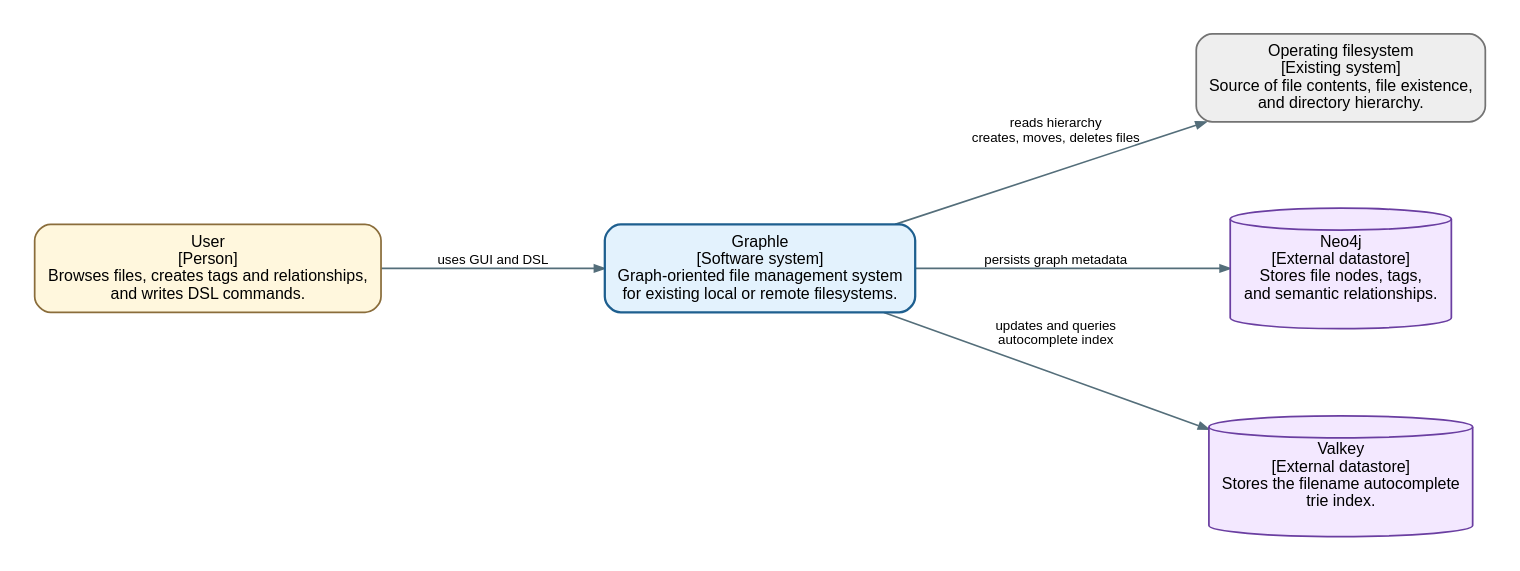
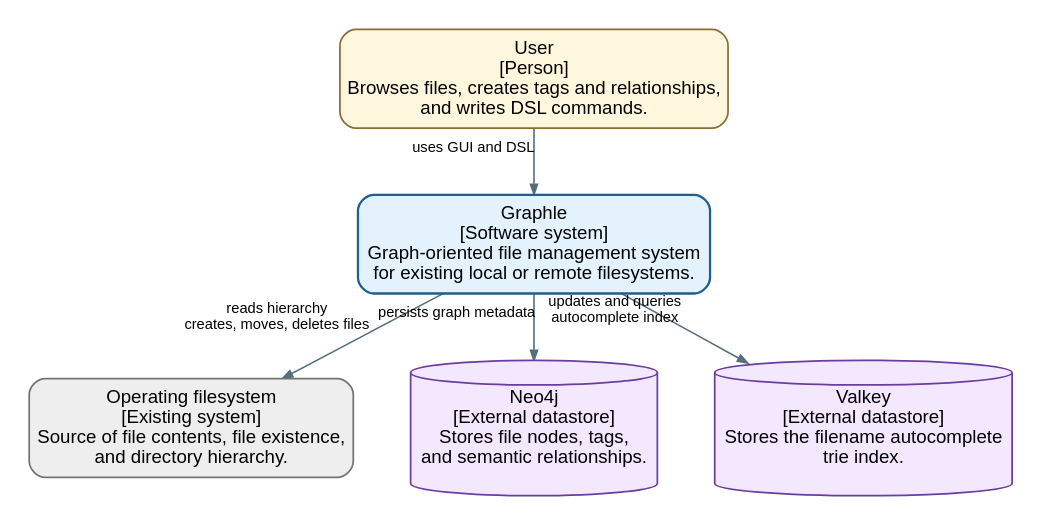
The diagram in thesis/chapters/design/architecture/graphle-context-c4.dot (TrueBubo/Graphle), drawn with Graphviz before and after one commit. The commit also changed 17 other files, not shown here.

```diff
--- a/thesis/chapters/design/architecture/graphle-context-c4.dot
+++ b/thesis/chapters/design/architecture/graphle-context-c4.dot
@@ -1,68 +1,69 @@
 digraph GraphleContext {
   graph [
-    rankdir=LR,
+    rankdir=TB,
     bgcolor="white",
-    pad=0.25,
-    nodesep=0.9,
-    ranksep=1.15,
+    pad=0.20,
+    nodesep=0.6,
+    ranksep=0.7,
     splines=polyline,
-    outputorder=edgesfirst
+    outputorder=edgesfirst,
+    forcelabels=true
   ];
 
   node [
     shape=rect,
     style="rounded,filled",
     fontname="Arial",
-    fontsize=12,
+    fontsize=14,
     color="#455a64",
     penwidth=1.3,
     fillcolor="#f7f9fb",
     margin="0.14,0.10"
   ];
 
   edge [
     fontname="Arial",
-    fontsize=10,
+    fontsize=11,
     color="#546e7a",
     arrowsize=0.75,
     penwidth=1.2
   ];
 
   user [
     label="User\n[Person]\nBrowses files, creates tags and relationships,\nand writes DSL commands.",
     fillcolor="#fff7dd",
     color="#8a6d3b"
   ];
 
   graphle [
     label="Graphle\n[Software system]\nGraph-oriented file management system\nfor existing local or remote filesystems.",
     fillcolor="#e3f2fd",
     color="#1e5f8f",
     penwidth=1.7
   ];
 
   filesystem [
     label="Operating filesystem\n[Existing system]\nSource of file contents, file existence,\nand directory hierarchy.",
     fillcolor="#eeeeee",
     color="#737373"
   ];
 
   neo4j [
     label="Neo4j\n[External datastore]\nStores file nodes, tags,\nand semantic relationships.",
     shape=cylinder,
     fillcolor="#f3e8ff",
     color="#6a3ea1"
   ];
 
   valkey [
     label="Valkey\n[External datastore]\nStores the filename autocomplete\ntrie index.",
     shape=cylinder,
     fillcolor="#f3e8ff",
     color="#6a3ea1"
   ];
 
-  user -> graphle [label="uses GUI and DSL"];
-  graphle -> filesystem [label="reads hierarchy\ncreates, moves, deletes files"];
-  graphle -> neo4j [label="persists graph metadata"];
-  graphle -> valkey [label="updates and queries\nautocomplete index"];
+  user -> graphle [xlabel="uses GUI and DSL"];
+  graphle -> filesystem [xlabel="reads hierarchy\ncreates, moves, deletes files"];
+  graphle -> neo4j [xlabel="persists graph metadata"];
+  graphle -> valkey [xlabel="updates and queries\nautocomplete index"];
 }
```
